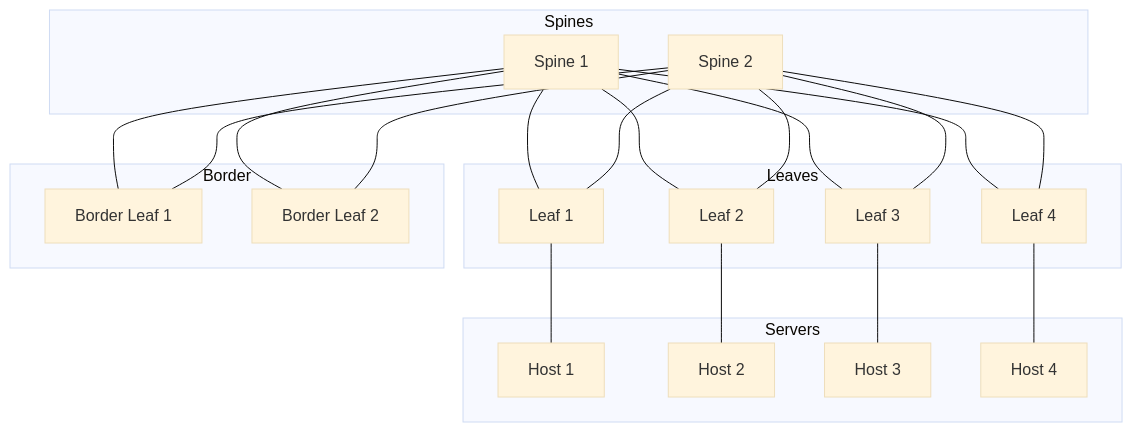
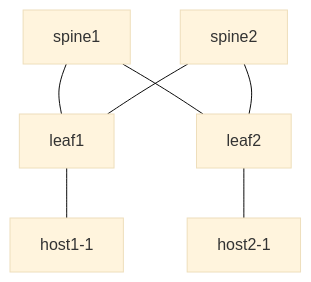
Before and after one commit to teze3808/containerlab-mcp-server: the third of 6 diagrams in README.md, drawn with Mermaid (base theme). The commit also changed other lines of this file and 6 other files, not shown here.

````diff
--- a/README.md
+++ b/README.md
@@ -333,39 +337,9 @@
 ```mermaid
 flowchart TB
-  subgraph Spines
-    S1["Spine 1"]
-    S2["Spine 2"]
-  end
-  subgraph Leaves
-    L1["Leaf 1"]
-    L2["Leaf 2"]
-    L3["Leaf 3"]
-    L4["Leaf 4"]
-  end
-  subgraph Border
-    B1["Border Leaf 1"]
-    B2["Border Leaf 2"]
-  end
-  subgraph Servers
-    H1["Host 1"]
-    H2["Host 2"]
-    H3["Host 3"]
-    H4["Host 4"]
-  end
-  S1 --- L1
-  S1 --- L2
-  S1 --- L3
-  S1 --- L4
-  S1 --- B1
-  S1 --- B2
-  S2 --- L1
+  S1["spine1"] --- L1["leaf1"]
+  S1 --- L2["leaf2"]
+  S2["spine2"] --- L1
   S2 --- L2
-  S2 --- L3
-  S2 --- L4
-  S2 --- B1
-  S2 --- B2
-  L1 --- H1
-  L2 --- H2
-  L3 --- H3
-  L4 --- H4
+  L1 --- H1["host1-1"]
+  L2 --- H2["host2-1"]
 ```
````
